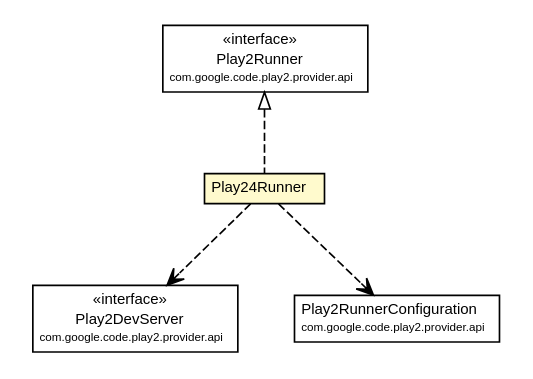
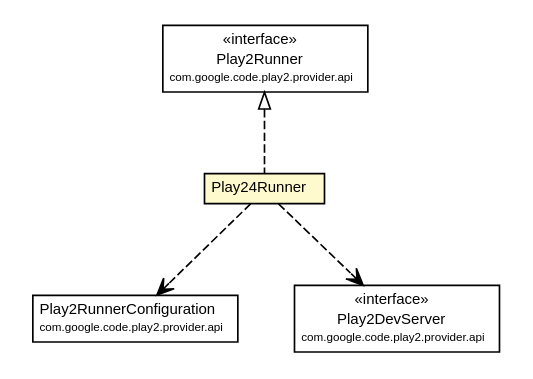
The diagram in play2-maven-plugin/1.0.0-beta6-SNAPSHOT/play2-providers/play2-provider-play24/apidocs/com/google/code/play2/provider/play24/Play24Runner.dot (play2-maven-plugin/play2-maven-plugin.github.io), drawn with Graphviz before and after one commit. The commit also changed 439 other files, not shown here.

```diff
--- a/play2-maven-plugin/1.0.0-beta6-SNAPSHOT/play2-providers/play2-provider-play24/apidocs/com/google/code/play2/provider/play24/Play24Runner.dot
+++ b/play2-maven-plugin/1.0.0-beta6-SNAPSHOT/play2-providers/play2-provider-play24/apidocs/com/google/code/play2/provider/play24/Play24Runner.dot
@@ -1,47 +1,47 @@
 #!/usr/local/bin/dot
 #
 # Class diagram 
 # Generated by UMLGraph version R5_6-24-gf6e263 (http://www.umlgraph.org/)
 #
 
 digraph G {
 	edge [fontname="arial",fontsize=10,labelfontname="arial",labelfontsize=10];
 	node [fontname="arial",fontsize=10,shape=plaintext];
 	nodesep=0.25;
 	ranksep=0.5;
 	// com.google.code.play2.provider.play24.Play24Runner
 	c432 [label=<<table title="com.google.code.play2.provider.play24.Play24Runner" border="0" cellborder="1" cellspacing="0" cellpadding="2" port="p" bgcolor="lemonChiffon" href="./Play24Runner.html">
 		<tr><td><table border="0" cellspacing="0" cellpadding="1">
 <tr><td align="center" balign="center"> Play24Runner </td></tr>
 		</table></td></tr>
 		</table>>, URL="./Play24Runner.html", fontname="arial", fontcolor="black", fontsize=9.0];
 	//com.google.code.play2.provider.play24.Play24Runner implements com.google.code.play2.provider.api.Play2Runner
 	c451:p -> c432:p [dir=back,arrowtail=empty,style=dashed];
+	// com.google.code.play2.provider.play24.Play24Runner DEPEND com.google.code.play2.provider.api.Play2RunnerConfiguration
+	c432:p -> c452:p [taillabel="", label="", headlabel="", fontname="arial", fontcolor="black", fontsize=10.0, color="black", arrowhead=open, style=dashed];
 	// com.google.code.play2.provider.play24.Play24Runner DEPEND com.google.code.play2.provider.api.Play2DevServer
-	c432:p -> c453:p [taillabel="", label="", headlabel="", fontname="arial", fontcolor="black", fontsize=10.0, color="black", arrowhead=open, style=dashed];
-	// com.google.code.play2.provider.play24.Play24Runner DEPEND com.google.code.play2.provider.api.Play2RunnerConfiguration
 	c432:p -> c454:p [taillabel="", label="", headlabel="", fontname="arial", fontcolor="black", fontsize=10.0, color="black", arrowhead=open, style=dashed];
 	// com.google.code.play2.provider.api.Play2RunnerConfiguration
-	c454 [label=<<table title="com.google.code.play2.provider.api.Play2RunnerConfiguration" border="0" cellborder="1" cellspacing="0" cellpadding="2" port="p">
+	c452 [label=<<table title="com.google.code.play2.provider.api.Play2RunnerConfiguration" border="0" cellborder="1" cellspacing="0" cellpadding="2" port="p">
 		<tr><td><table border="0" cellspacing="0" cellpadding="1">
 <tr><td align="center" balign="center"> Play2RunnerConfiguration </td></tr>
 <tr><td align="center" balign="center"><font point-size="7.0"> com.google.code.play2.provider.api </font></td></tr>
 		</table></td></tr>
 		</table>>, URL="null", fontname="arial", fontcolor="black", fontsize=9.0];
 	// com.google.code.play2.provider.api.Play2DevServer
-	c453 [label=<<table title="com.google.code.play2.provider.api.Play2DevServer" border="0" cellborder="1" cellspacing="0" cellpadding="2" port="p">
+	c454 [label=<<table title="com.google.code.play2.provider.api.Play2DevServer" border="0" cellborder="1" cellspacing="0" cellpadding="2" port="p">
 		<tr><td><table border="0" cellspacing="0" cellpadding="1">
 <tr><td align="center" balign="center"> &#171;interface&#187; </td></tr>
 <tr><td align="center" balign="center"> Play2DevServer </td></tr>
 <tr><td align="center" balign="center"><font point-size="7.0"> com.google.code.play2.provider.api </font></td></tr>
 		</table></td></tr>
 		</table>>, URL="null", fontname="arial", fontcolor="black", fontsize=9.0];
 	// com.google.code.play2.provider.api.Play2Runner
 	c451 [label=<<table title="com.google.code.play2.provider.api.Play2Runner" border="0" cellborder="1" cellspacing="0" cellpadding="2" port="p">
 		<tr><td><table border="0" cellspacing="0" cellpadding="1">
 <tr><td align="center" balign="center"> &#171;interface&#187; </td></tr>
 <tr><td align="center" balign="center"> Play2Runner </td></tr>
 <tr><td align="center" balign="center"><font point-size="7.0"> com.google.code.play2.provider.api </font></td></tr>
 		</table></td></tr>
 		</table>>, URL="null", fontname="arial", fontcolor="black", fontsize=9.0];
 }
```
